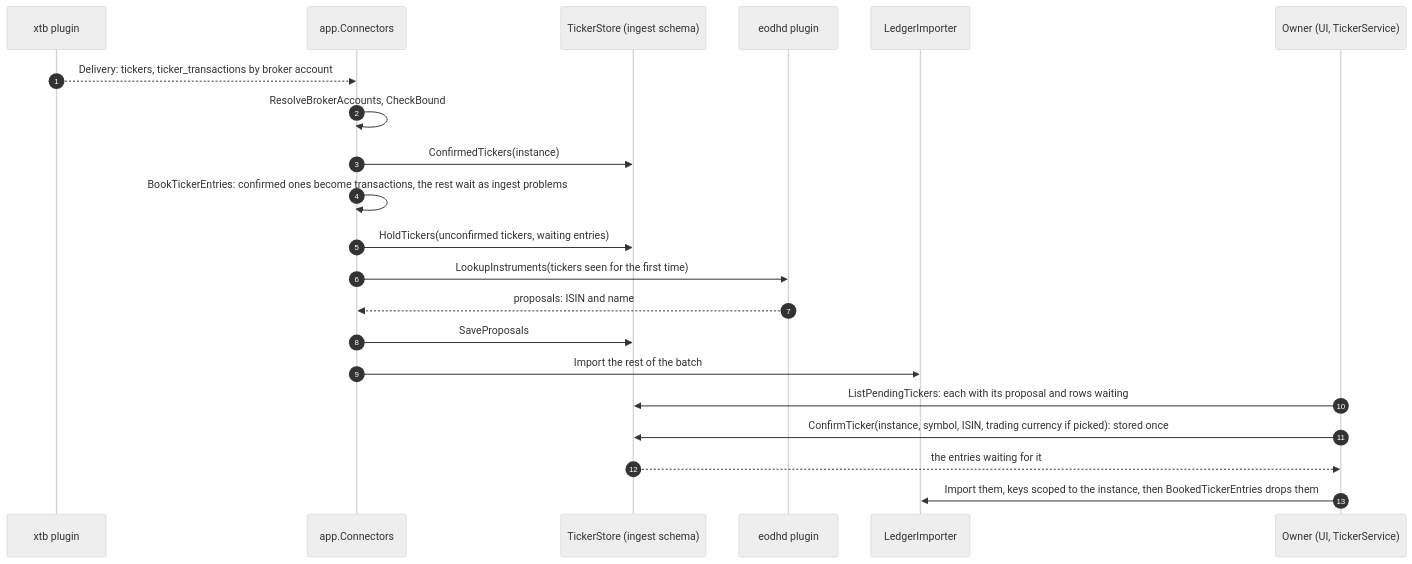
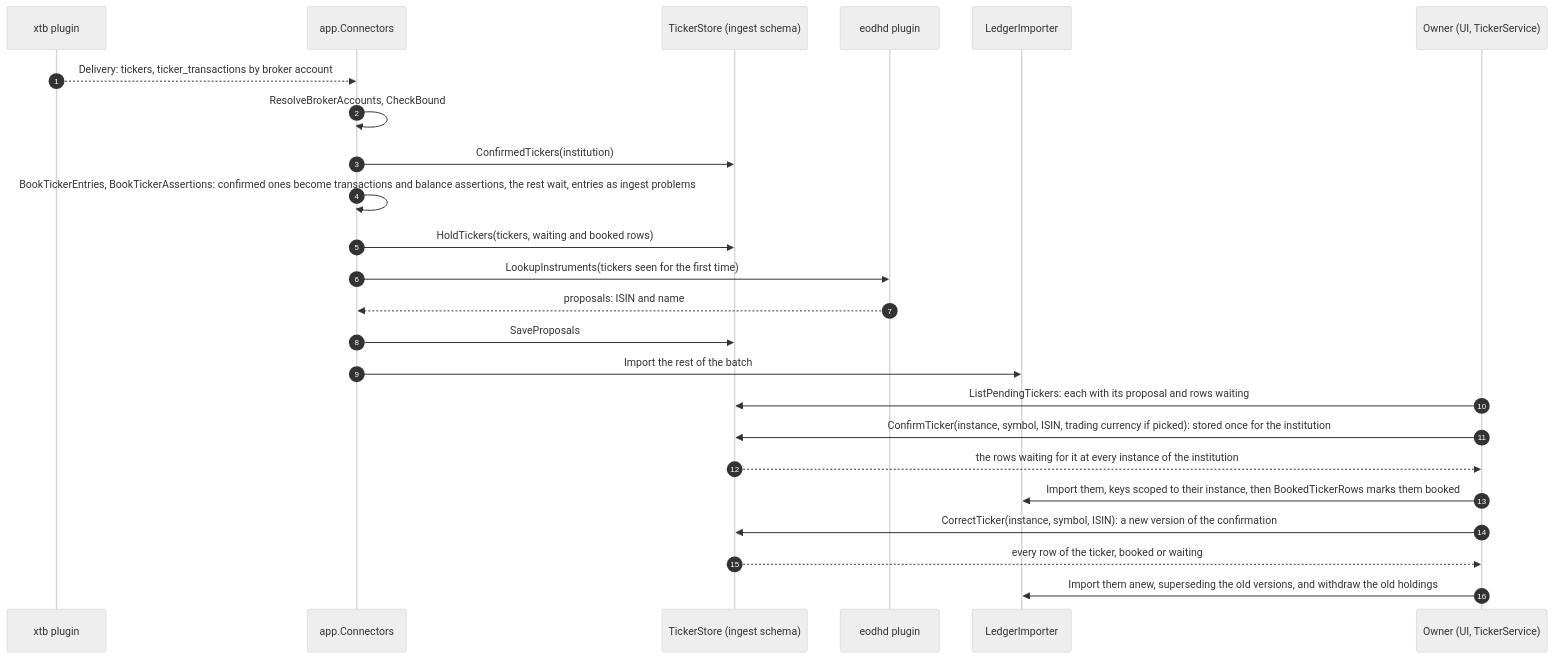
One commit to arkadiuss/openfief changed the eighth of 10 diagrams in docs/concepts/ingest.md. Above: the diagram before and after it, drawn with Mermaid (neutral theme). The commit also changed other lines of this file and 212 other files, not shown here.

````diff
--- a/docs/concepts/ingest.md
+++ b/docs/concepts/ingest.md
@@ -446,23 +446,26 @@
 ```mermaid
 sequenceDiagram
   autonumber
   participant P as xtb plugin
   participant C as app.Connectors
   participant T as TickerStore (ingest schema)
   participant M as eodhd plugin
   participant L as LedgerImporter
   participant O as Owner (UI, TickerService)
   P-->>C: Delivery: tickers, ticker_transactions by broker account
   C->>C: ResolveBrokerAccounts, CheckBound
-  C->>T: ConfirmedTickers(instance)
-  C->>C: BookTickerEntries: confirmed ones become transactions, the rest wait as ingest problems
-  C->>T: HoldTickers(unconfirmed tickers, waiting entries)
+  C->>T: ConfirmedTickers(institution)
+  C->>C: BookTickerEntries, BookTickerAssertions: confirmed ones become transactions and balance assertions, the rest wait, entries as ingest problems
+  C->>T: HoldTickers(tickers, waiting and booked rows)
   C->>M: LookupInstruments(tickers seen for the first time)
   M-->>C: proposals: ISIN and name
   C->>T: SaveProposals
   C->>L: Import the rest of the batch
   O->>T: ListPendingTickers: each with its proposal and rows waiting
-  O->>T: ConfirmTicker(instance, symbol, ISIN, trading currency if picked): stored once
-  T-->>O: the entries waiting for it
-  O->>L: Import them, keys scoped to the instance, then BookedTickerEntries drops them
+  O->>T: ConfirmTicker(instance, symbol, ISIN, trading currency if picked): stored once for the institution
+  T-->>O: the rows waiting for it at every instance of the institution
+  O->>L: Import them, keys scoped to their instance, then BookedTickerRows marks them booked
+  O->>T: CorrectTicker(instance, symbol, ISIN): a new version of the confirmation
+  T-->>O: every row of the ticker, booked or waiting
+  O->>L: Import them anew, superseding the old versions, and withdraw the old holdings
 ```
````
